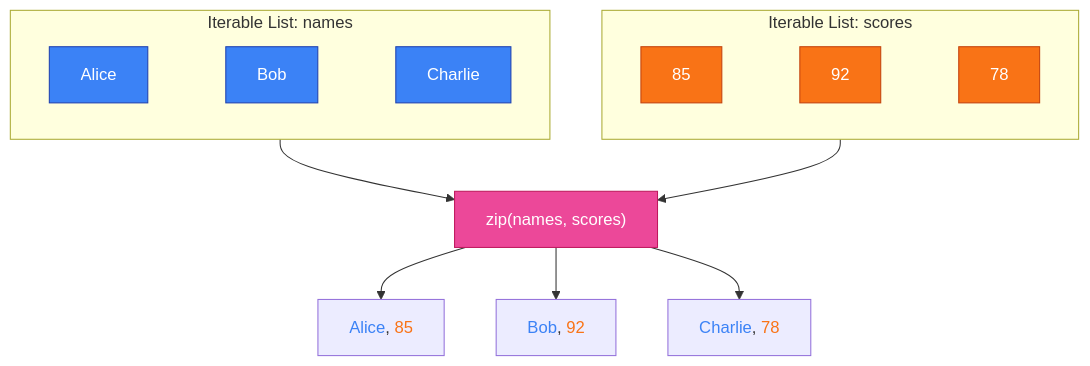
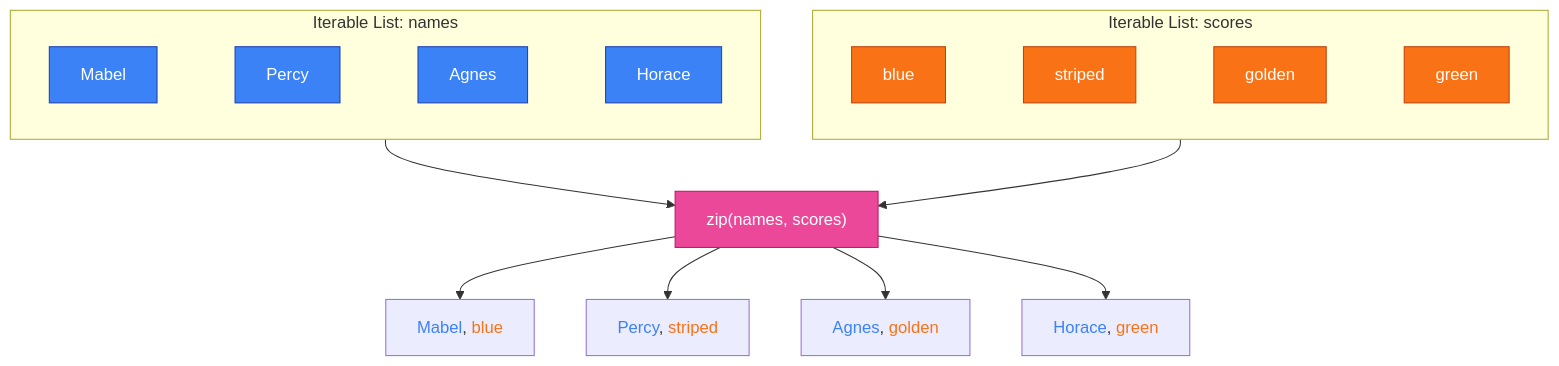
One commit to vkailas/poignant-guide-python changed the first of 2 diagrams in docs/chapter-5.md. Above: the diagram before and after it, drawn with Mermaid. The commit also changed other lines of this file and 2 other files, not shown here.

````diff
--- a/docs/chapter-5.md
+++ b/docs/chapter-5.md
@@ -1737,39 +1634,44 @@
-    ```mermaid
-    flowchart TD
-        subgraph N["Iterable List: names"]
-            direction LR
-            names0["Alice"]
-            names1["Bob"]
-            names2["Charlie"]
+```mermaid
+flowchart TD
+    subgraph N["Iterable List: names"]
+        direction LR
+        names0["Mabel"]
+        names1["Percy"]
+        names2["Agnes"]
+        names3["Horace"]
 
-            names0 ~~~ names1
-            names1 ~~~ names2
-        end
+        names0 ~~~ names1
+        names1 ~~~ names2
+        names2 ~~~ names3
+    end
 
-        subgraph S["Iterable List: scores"]
-            direction LR
-            scores0[85]
-            scores1[92]
-            scores2[78]
+    subgraph S["Iterable List: scores"]
+        direction LR
+        scores0["blue"]
+        scores1["striped"]
+        scores2["golden"]
+        scores3["green"]
 
-            scores0 ~~~ scores1
-            scores1 ~~~ scores2
-        end
+        scores0 ~~~ scores1
+        scores1 ~~~ scores2
+        scores2 ~~~ scores3
+    end
 
-        Z["zip(names, scores)"]
+    Z["zip(names, scores)"]
 
-        N --> Z
-        S --> Z
+    N --> Z
+    S --> Z
 
-        Z --> P1["<span style='color:#3b82f6'>Alice</span>, <span style='color:#f97316'>85</span>"]
-        Z --> P2["<span style='color:#3b82f6'>Bob</span>, <span style='color:#f97316'>92</span>"]
-        Z --> P3["<span style='color:#3b82f6'>Charlie</span>, <span style='color:#f97316'>78</span>"]
+    Z --> P1["<span style='color:#3b82f6'>Mabel</span>, <span style='color:#f97316'>blue</span>"]
+    Z --> P2["<span style='color:#3b82f6'>Percy</span>, <span style='color:#f97316'>striped</span>"]
+    Z --> P3["<span style='color:#3b82f6'>Agnes</span>, <span style='color:#f97316'>golden</span>"]
+    Z --> P4["<span style='color:#3b82f6'>Horace</span>, <span style='color:#f97316'>green</span>"]
 
-        classDef input fill:#3b82f6,color:#fff,stroke:#1e40af;
-        classDef output fill:#f97316,color:#fff,stroke:#c2410c;
-        classDef zipbox fill:#ec4899,color:#fff,stroke:#be185d;
+    classDef input fill:#3b82f6,color:#fff,stroke:#1e40af;
+    classDef output fill:#f97316,color:#fff,stroke:#c2410c;
+    classDef zipbox fill:#ec4899,color:#fff,stroke:#be185d;
 
-        class names0,names1,names2 input;
-        class scores0,scores1,scores2 output;
-        class Z zipbox;
-    ```
+    class names0,names1,names2,names3 input;
+    class scores0,scores1,scores2,scores3 output;
+    class Z zipbox;
+```
````
